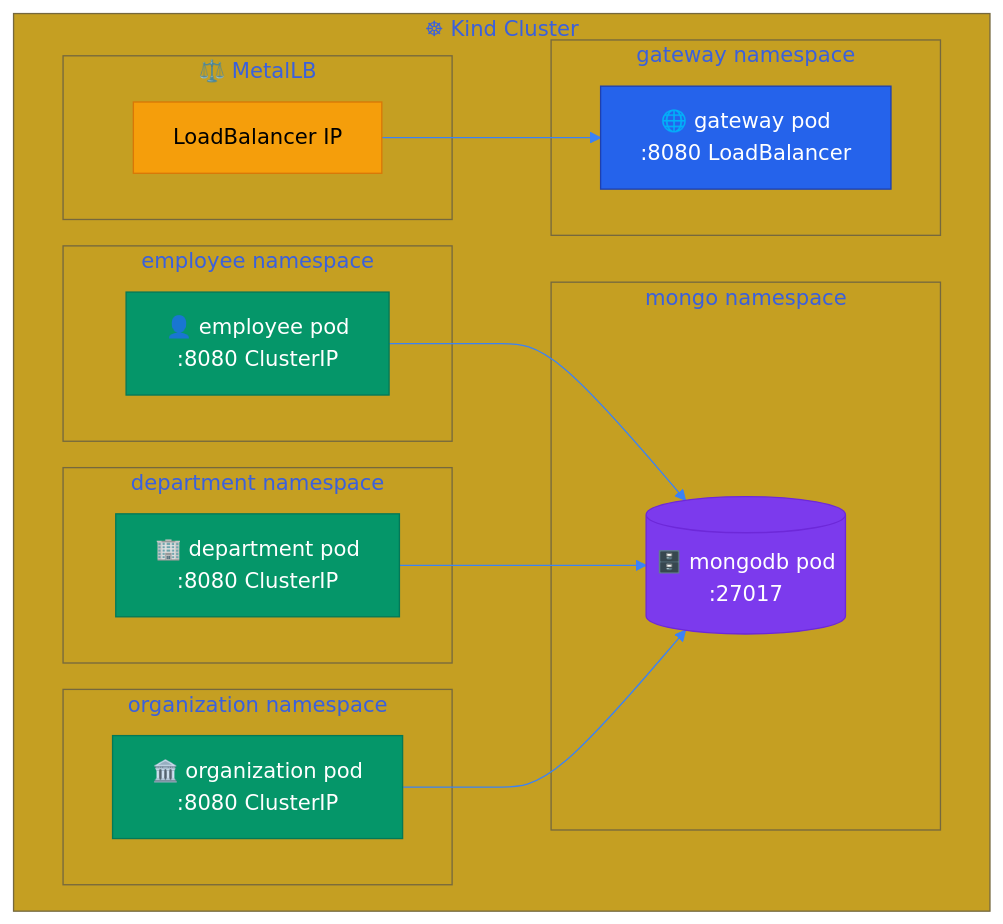
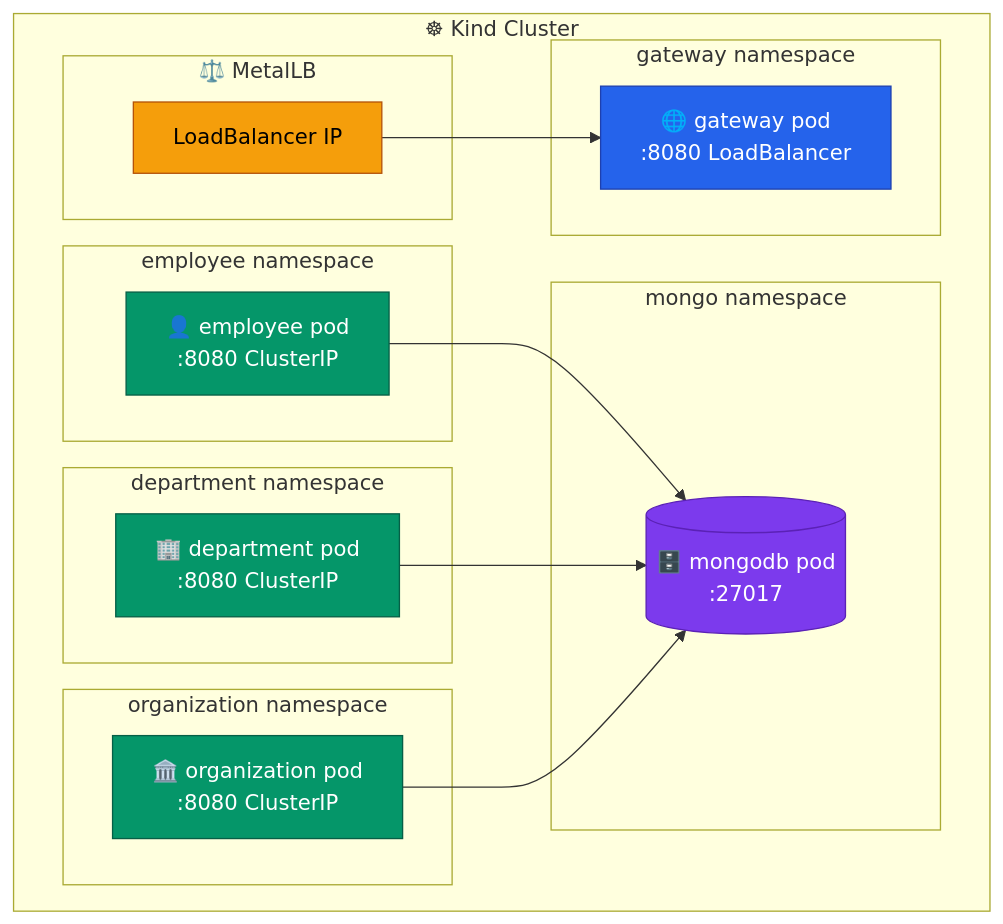
Before and after one commit to AndriyKalashnykov/spring-microservices-k8s: the second of 3 diagrams in docs/reference-architecture.md, drawn with Mermaid. The commit also changed other lines of this file and 1 other file, not shown here.

````diff
--- a/docs/reference-architecture.md
+++ b/docs/reference-architecture.md
@@ -122,37 +125,36 @@
 ```mermaid
-%%{init: {'theme': 'base', 'themeVariables': {
-  'primaryColor': '#1e40af', 'primaryTextColor': '#fff',
-  'lineColor': '#3b82f6', 'fontFamily': 'arial'
-}}}%%
+%% Theme-adaptive: no init directive so GitHub auto-switches between
+%% Mermaid's default and dark themes per viewer preference. classDef
+%% brand colors below override the theme for nodes.
 graph TB
     subgraph kind["☸ Kind Cluster"]
         subgraph ns-gw["gateway namespace"]
             GW[🌐 gateway pod<br/>:8080 LoadBalancer]:::gateway
         end
         subgraph ns-emp["employee namespace"]
             EMP[👤 employee pod<br/>:8080 ClusterIP]:::service
         end
         subgraph ns-dept["department namespace"]
             DEPT[🏢 department pod<br/>:8080 ClusterIP]:::service
         end
         subgraph ns-org["organization namespace"]
             ORG[🏛️ organization pod<br/>:8080 ClusterIP]:::service
         end
         subgraph ns-mongo["mongo namespace"]
             MONGO[(🗄️ mongodb pod<br/>:27017)]:::db
         end
         subgraph metallb["⚖️ MetalLB"]
             LB[LoadBalancer IP]:::lb
         end
     end
 
     LB --> GW
     EMP --> MONGO
     DEPT --> MONGO
     ORG --> MONGO
 
-    classDef gateway fill:#2563eb,stroke:#1e40af,color:#fff
-    classDef service fill:#059669,stroke:#047857,color:#fff
-    classDef db fill:#7c3aed,stroke:#6d28d9,color:#fff
-    classDef lb fill:#f59e0b,stroke:#d97706,color:#000
+    classDef gateway fill:#2563eb,stroke:#1e40af,color:#ffffff
+    classDef service fill:#059669,stroke:#065f46,color:#ffffff
+    classDef db fill:#7c3aed,stroke:#5b21b6,color:#ffffff
+    classDef lb fill:#f59e0b,stroke:#b45309,color:#000000
 ```
````
